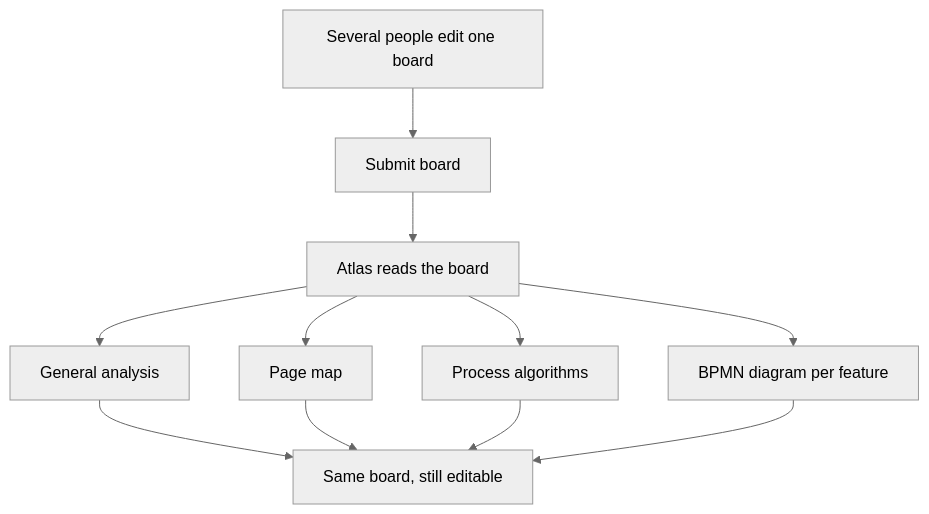
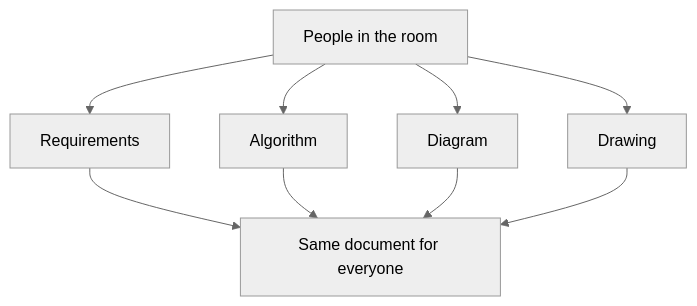
Before and after one commit to DogukanGun/colag: the third of 3 diagrams in README.md, drawn with Mermaid (neutral theme). The commit also changed other lines of this file and 9 other files, not shown here.

````diff
--- a/README.md
+++ b/README.md
@@ -110,17 +93,14 @@
 ```mermaid
 flowchart TD
-  people[Several people edit one board]
-  submit[Submit board]
-  atlas[Atlas reads the board]
-  analysis[General analysis]
-  pages[Page map]
-  steps[Process algorithms]
-  bpmn[BPMN diagram per feature]
-  same[Same board, still editable]
+  people[People in the room]
+  req[Requirements]
+  algo[Algorithm]
+  diagram[Diagram]
+  sketch[Drawing]
+  same[Same document for everyone]
 
-  people --> submit --> atlas
-  atlas --> analysis --> same
-  atlas --> pages --> same
-  atlas --> steps --> same
-  atlas --> bpmn --> same
+  people --> req --> same
+  people --> algo --> same
+  people --> diagram --> same
+  people --> sketch --> same
 ```
````
